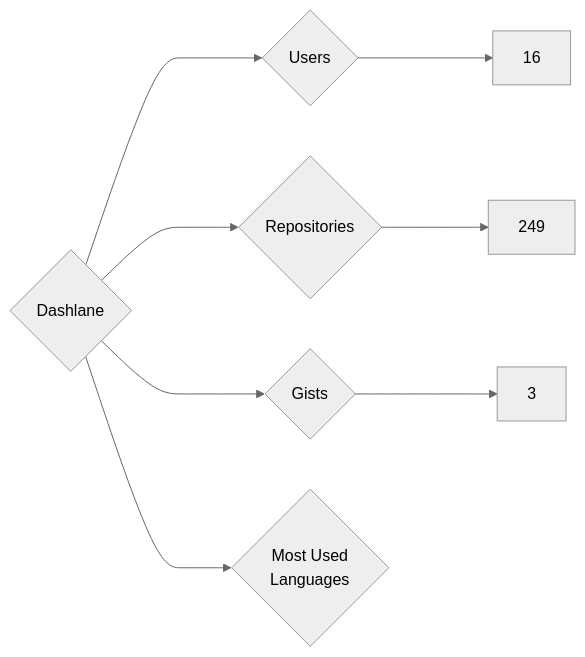
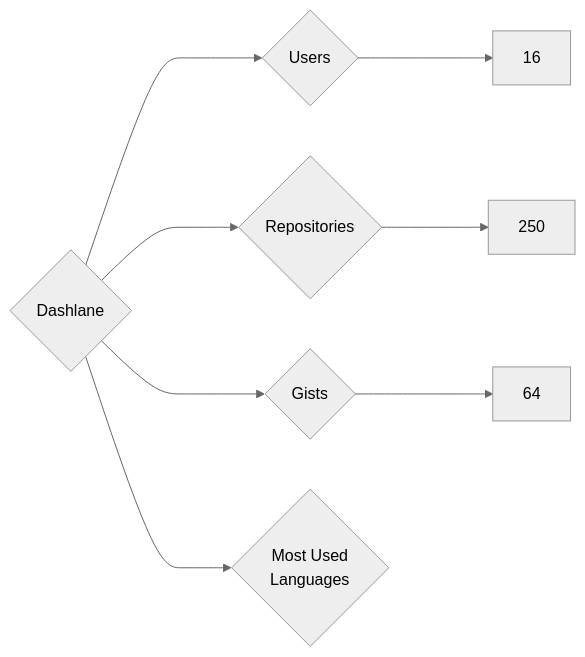
Before and after one commit to nenadzaric/insiders: the diagram in targets/Dashlane/README.md, drawn with Mermaid (neutral theme). The commit also changed 1342 other files, not shown here.

````diff
--- a/targets/Dashlane/README.md
+++ b/targets/Dashlane/README.md
@@ -3,8 +3,8 @@
 ```mermaid
 graph LR
 COMPANY_NAME{Dashlane}
 COMPANY_NAME ---> U{Users} ---> UN[16]
-COMPANY_NAME ---> R{Repositories} ---> RN[249]
-COMPANY_NAME ---> G{Gists} ---> GN[3]
+COMPANY_NAME ---> R{Repositories} ---> RN[250]
+COMPANY_NAME ---> G{Gists} ---> GN[64]
 COMPANY_NAME ---> ML{Most Used<br>Languages}
 ```
````
